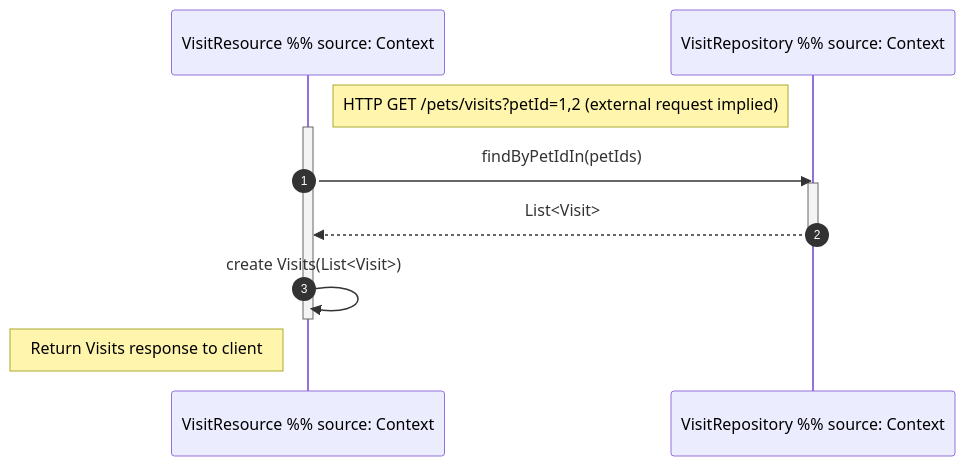
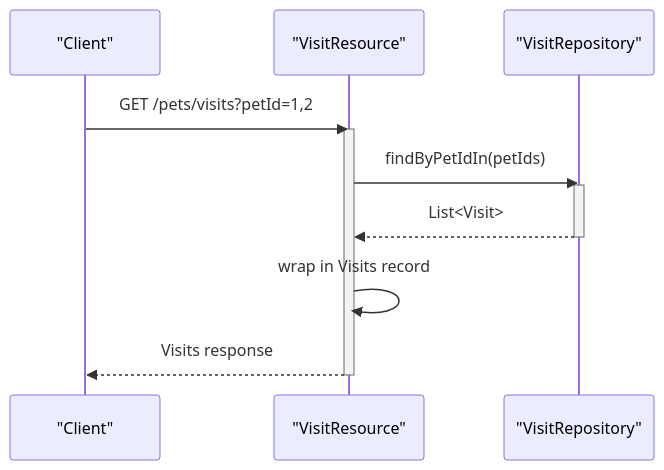
The fourth of 4 diagrams in ARCHITECTURE.md (audoclyphia-evals/petclinic-visits-service), drawn with Mermaid before and after one commit. The commit also changed other lines of this file and 9 other files, not shown here.

````diff
--- a/ARCHITECTURE.md
+++ b/ARCHITECTURE.md
@@ -74,22 +159,16 @@
 ```mermaid
 sequenceDiagram
-    %% Sequence diagram for REST API request flow for retrieving visits by pet IDs
-    %% Based on code from VisitResource and VisitRepository
-    %% Shows HTTP request handling through controller to repository
+    participant Client as "Client"
+    participant VR as "VisitResource"
+    participant Repo as "VisitRepository"
 
-    participant VR as VisitResource %% source: Context #1 and #5 - REST controller
-    participant Repo as VisitRepository %% source: Context #1 and #5 - JPA repository interface
-
-    autonumber
-
-    note right of VR: HTTP GET /pets/visits?petId=1,2 (external request implied)
+    Client->>VR: GET /pets/visits?petId=1,2
     activate VR
     VR->>Repo: findByPetIdIn(petIds)
     activate Repo
     Repo-->>VR: List<Visit>
     deactivate Repo
-    %% VisitResource wraps the result in Visits record
-    VR->>VR: create Visits(List<Visit>)
+    VR->>VR: wrap in Visits record
+    VR-->>Client: Visits response
     deactivate VR
-    note left of VR: Return Visits response to client
 ```
````
